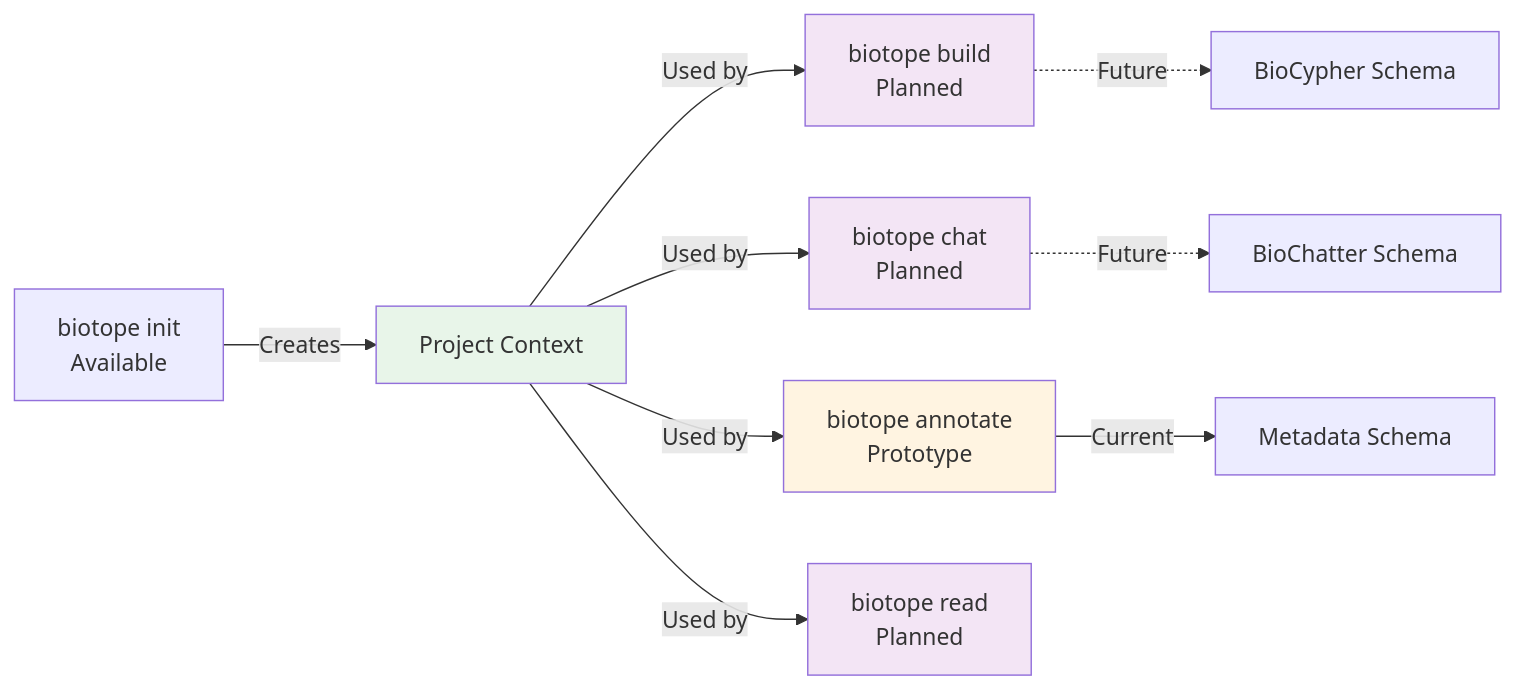
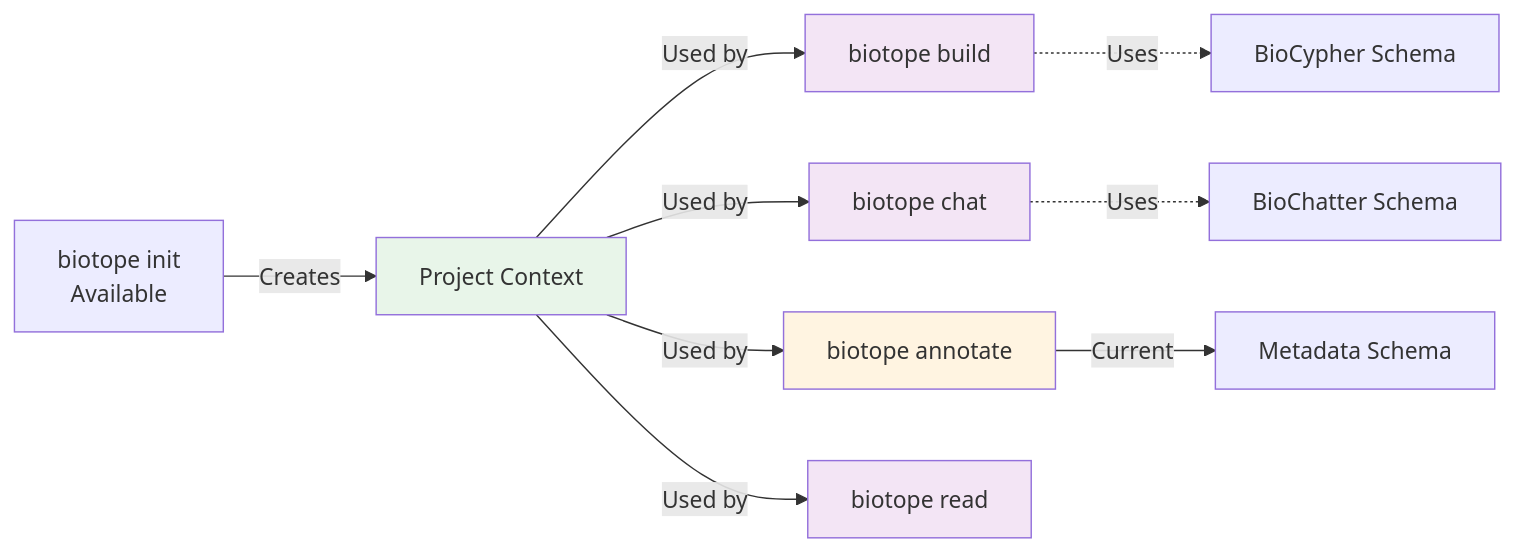
The third of 4 diagrams in docs/philosophy.md (biocypher/documentation), drawn with Mermaid before and after one commit. The commit also changed other lines of this file and 27 other files, not shown here.

````diff
--- a/docs/philosophy.md
+++ b/docs/philosophy.md
@@ -146,18 +143,18 @@
 ```mermaid
 graph LR
     A[biotope init<br/>Available] -->|Creates| B[Project Context]
-    B -->|Used by| C[biotope build<br/>Planned]
-    B -->|Used by| D[biotope chat<br/>Planned]
-    B -->|Used by| E[biotope annotate<br/>Prototype]
-    B -->|Used by| F[biotope read<br/>Planned]
+    B -->|Used by| C[biotope build]
+    B -->|Used by| D[biotope chat]
+    B -->|Used by| E[biotope annotate]
+    B -->|Used by| F[biotope read]
     
-    C -.->|Future| G[BioCypher Schema]
-    D -.->|Future| H[BioChatter Schema]
+    C -.->|Uses| G[BioCypher Schema]
+    D -.->|Uses| H[BioChatter Schema]
     E -->|Current| I[Metadata Schema]
     
     style B fill:#e8f5e9
     style E fill:#fff4e1
     style C fill:#f3e5f5
     style D fill:#f3e5f5
     style F fill:#f3e5f5
 ```
````
